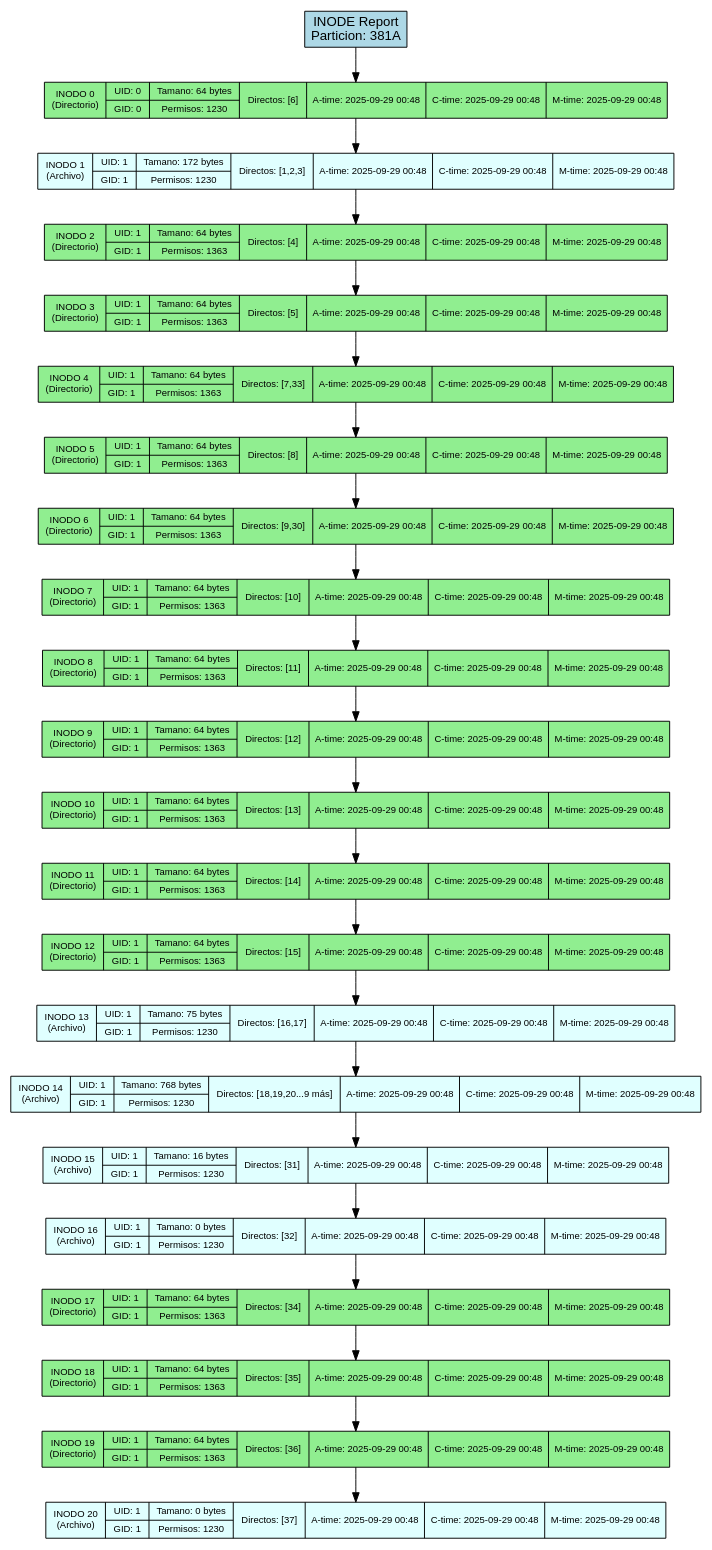
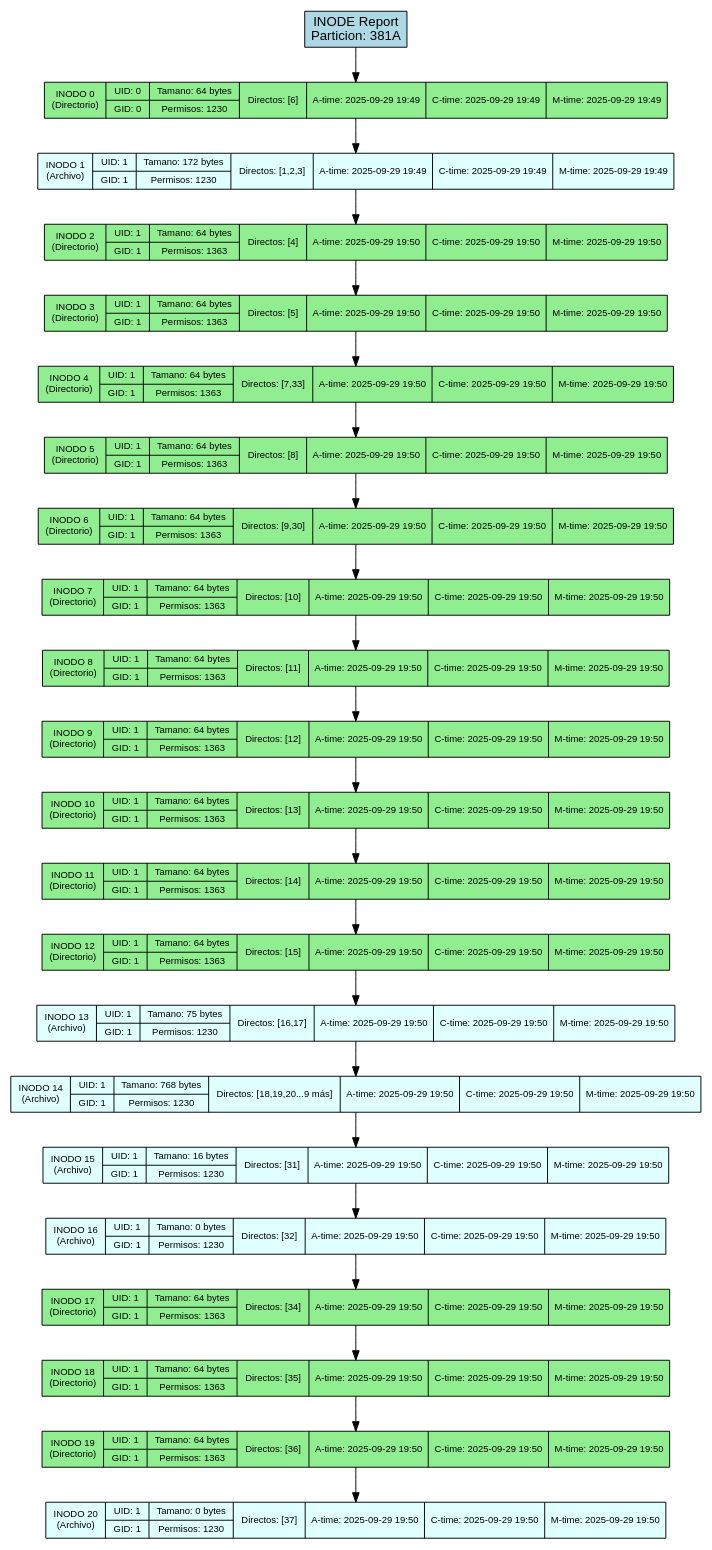
Before and after one commit to DiegVas/MIA_2S2025_P2_202300638: the diagram in backend/provider/reports/src/inode_381A.dot, drawn with Graphviz. The commit also changed 55 other files, not shown here.

```diff
--- a/backend/provider/reports/src/inode_381A.dot
+++ b/backend/provider/reports/src/inode_381A.dot
@@ -1,54 +1,54 @@
 digraph Inode_Report {
     rankdir=TB;
     node [shape=record, style=filled];
     graph [fontname="Arial", fontsize=12];
     node [fontname="Arial", fontsize=10];
     edge [fontname="Arial"];
 
     title [label="INODE Report\nParticion: 381A", fillcolor=lightblue, fontsize=14];
 
-    inode_0 [label="INODO 0\n(Directorio)|{UID: 0 | GID: 0}|{Tamano: 64 bytes | Permisos: 1230}|{Directos: [6]}|{A-time: 2025-09-29 00:48}|{C-time: 2025-09-29 00:48}|{M-time: 2025-09-29 00:48}", fillcolor=lightgreen];
-    inode_1 [label="INODO 1\n(Archivo)|{UID: 1 | GID: 1}|{Tamano: 172 bytes | Permisos: 1230}|{Directos: [1,2,3]}|{A-time: 2025-09-29 00:48}|{C-time: 2025-09-29 00:48}|{M-time: 2025-09-29 00:48}", fillcolor=lightcyan];
-    inode_2 [label="INODO 2\n(Directorio)|{UID: 1 | GID: 1}|{Tamano: 64 bytes | Permisos: 1363}|{Directos: [4]}|{A-time: 2025-09-29 00:48}|{C-time: 2025-09-29 00:48}|{M-time: 2025-09-29 00:48}", fillcolor=lightgreen];
-    inode_3 [label="INODO 3\n(Directorio)|{UID: 1 | GID: 1}|{Tamano: 64 bytes | Permisos: 1363}|{Directos: [5]}|{A-time: 2025-09-29 00:48}|{C-time: 2025-09-29 00:48}|{M-time: 2025-09-29 00:48}", fillcolor=lightgreen];
-    inode_4 [label="INODO 4\n(Directorio)|{UID: 1 | GID: 1}|{Tamano: 64 bytes | Permisos: 1363}|{Directos: [7,33]}|{A-time: 2025-09-29 00:48}|{C-time: 2025-09-29 00:48}|{M-time: 2025-09-29 00:48}", fillcolor=lightgreen];
-    inode_5 [label="INODO 5\n(Directorio)|{UID: 1 | GID: 1}|{Tamano: 64 bytes | Permisos: 1363}|{Directos: [8]}|{A-time: 2025-09-29 00:48}|{C-time: 2025-09-29 00:48}|{M-time: 2025-09-29 00:48}", fillcolor=lightgreen];
-    inode_6 [label="INODO 6\n(Directorio)|{UID: 1 | GID: 1}|{Tamano: 64 bytes | Permisos: 1363}|{Directos: [9,30]}|{A-time: 2025-09-29 00:48}|{C-time: 2025-09-29 00:48}|{M-time: 2025-09-29 00:48}", fillcolor=lightgreen];
-    inode_7 [label="INODO 7\n(Directorio)|{UID: 1 | GID: 1}|{Tamano: 64 bytes | Permisos: 1363}|{Directos: [10]}|{A-time: 2025-09-29 00:48}|{C-time: 2025-09-29 00:48}|{M-time: 2025-09-29 00:48}", fillcolor=lightgreen];
-    inode_8 [label="INODO 8\n(Directorio)|{UID: 1 | GID: 1}|{Tamano: 64 bytes | Permisos: 1363}|{Directos: [11]}|{A-time: 2025-09-29 00:48}|{C-time: 2025-09-29 00:48}|{M-time: 2025-09-29 00:48}", fillcolor=lightgreen];
-    inode_9 [label="INODO 9\n(Directorio)|{UID: 1 | GID: 1}|{Tamano: 64 bytes | Permisos: 1363}|{Directos: [12]}|{A-time: 2025-09-29 00:48}|{C-time: 2025-09-29 00:48}|{M-time: 2025-09-29 00:48}", fillcolor=lightgreen];
-    inode_10 [label="INODO 10\n(Directorio)|{UID: 1 | GID: 1}|{Tamano: 64 bytes | Permisos: 1363}|{Directos: [13]}|{A-time: 2025-09-29 00:48}|{C-time: 2025-09-29 00:48}|{M-time: 2025-09-29 00:48}", fillcolor=lightgreen];
-    inode_11 [label="INODO 11\n(Directorio)|{UID: 1 | GID: 1}|{Tamano: 64 bytes | Permisos: 1363}|{Directos: [14]}|{A-time: 2025-09-29 00:48}|{C-time: 2025-09-29 00:48}|{M-time: 2025-09-29 00:48}", fillcolor=lightgreen];
-    inode_12 [label="INODO 12\n(Directorio)|{UID: 1 | GID: 1}|{Tamano: 64 bytes | Permisos: 1363}|{Directos: [15]}|{A-time: 2025-09-29 00:48}|{C-time: 2025-09-29 00:48}|{M-time: 2025-09-29 00:48}", fillcolor=lightgreen];
-    inode_13 [label="INODO 13\n(Archivo)|{UID: 1 | GID: 1}|{Tamano: 75 bytes | Permisos: 1230}|{Directos: [16,17]}|{A-time: 2025-09-29 00:48}|{C-time: 2025-09-29 00:48}|{M-time: 2025-09-29 00:48}", fillcolor=lightcyan];
-    inode_14 [label="INODO 14\n(Archivo)|{UID: 1 | GID: 1}|{Tamano: 768 bytes | Permisos: 1230}|{Directos: [18,19,20...9 más]}|{A-time: 2025-09-29 00:48}|{C-time: 2025-09-29 00:48}|{M-time: 2025-09-29 00:48}", fillcolor=lightcyan];
-    inode_15 [label="INODO 15\n(Archivo)|{UID: 1 | GID: 1}|{Tamano: 16 bytes | Permisos: 1230}|{Directos: [31]}|{A-time: 2025-09-29 00:48}|{C-time: 2025-09-29 00:48}|{M-time: 2025-09-29 00:48}", fillcolor=lightcyan];
-    inode_16 [label="INODO 16\n(Archivo)|{UID: 1 | GID: 1}|{Tamano: 0 bytes | Permisos: 1230}|{Directos: [32]}|{A-time: 2025-09-29 00:48}|{C-time: 2025-09-29 00:48}|{M-time: 2025-09-29 00:48}", fillcolor=lightcyan];
-    inode_17 [label="INODO 17\n(Directorio)|{UID: 1 | GID: 1}|{Tamano: 64 bytes | Permisos: 1363}|{Directos: [34]}|{A-time: 2025-09-29 00:48}|{C-time: 2025-09-29 00:48}|{M-time: 2025-09-29 00:48}", fillcolor=lightgreen];
-    inode_18 [label="INODO 18\n(Directorio)|{UID: 1 | GID: 1}|{Tamano: 64 bytes | Permisos: 1363}|{Directos: [35]}|{A-time: 2025-09-29 00:48}|{C-time: 2025-09-29 00:48}|{M-time: 2025-09-29 00:48}", fillcolor=lightgreen];
-    inode_19 [label="INODO 19\n(Directorio)|{UID: 1 | GID: 1}|{Tamano: 64 bytes | Permisos: 1363}|{Directos: [36]}|{A-time: 2025-09-29 00:48}|{C-time: 2025-09-29 00:48}|{M-time: 2025-09-29 00:48}", fillcolor=lightgreen];
-    inode_20 [label="INODO 20\n(Archivo)|{UID: 1 | GID: 1}|{Tamano: 0 bytes | Permisos: 1230}|{Directos: [37]}|{A-time: 2025-09-29 00:48}|{C-time: 2025-09-29 00:48}|{M-time: 2025-09-29 00:48}", fillcolor=lightcyan];
+    inode_0 [label="INODO 0\n(Directorio)|{UID: 0 | GID: 0}|{Tamano: 64 bytes | Permisos: 1230}|{Directos: [6]}|{A-time: 2025-09-29 19:49}|{C-time: 2025-09-29 19:49}|{M-time: 2025-09-29 19:49}", fillcolor=lightgreen];
+    inode_1 [label="INODO 1\n(Archivo)|{UID: 1 | GID: 1}|{Tamano: 172 bytes | Permisos: 1230}|{Directos: [1,2,3]}|{A-time: 2025-09-29 19:49}|{C-time: 2025-09-29 19:49}|{M-time: 2025-09-29 19:49}", fillcolor=lightcyan];
+    inode_2 [label="INODO 2\n(Directorio)|{UID: 1 | GID: 1}|{Tamano: 64 bytes | Permisos: 1363}|{Directos: [4]}|{A-time: 2025-09-29 19:50}|{C-time: 2025-09-29 19:50}|{M-time: 2025-09-29 19:50}", fillcolor=lightgreen];
+    inode_3 [label="INODO 3\n(Directorio)|{UID: 1 | GID: 1}|{Tamano: 64 bytes | Permisos: 1363}|{Directos: [5]}|{A-time: 2025-09-29 19:50}|{C-time: 2025-09-29 19:50}|{M-time: 2025-09-29 19:50}", fillcolor=lightgreen];
+    inode_4 [label="INODO 4\n(Directorio)|{UID: 1 | GID: 1}|{Tamano: 64 bytes | Permisos: 1363}|{Directos: [7,33]}|{A-time: 2025-09-29 19:50}|{C-time: 2025-09-29 19:50}|{M-time: 2025-09-29 19:50}", fillcolor=lightgreen];
+    inode_5 [label="INODO 5\n(Directorio)|{UID: 1 | GID: 1}|{Tamano: 64 bytes | Permisos: 1363}|{Directos: [8]}|{A-time: 2025-09-29 19:50}|{C-time: 2025-09-29 19:50}|{M-time: 2025-09-29 19:50}", fillcolor=lightgreen];
+    inode_6 [label="INODO 6\n(Directorio)|{UID: 1 | GID: 1}|{Tamano: 64 bytes | Permisos: 1363}|{Directos: [9,30]}|{A-time: 2025-09-29 19:50}|{C-time: 2025-09-29 19:50}|{M-time: 2025-09-29 19:50}", fillcolor=lightgreen];
+    inode_7 [label="INODO 7\n(Directorio)|{UID: 1 | GID: 1}|{Tamano: 64 bytes | Permisos: 1363}|{Directos: [10]}|{A-time: 2025-09-29 19:50}|{C-time: 2025-09-29 19:50}|{M-time: 2025-09-29 19:50}", fillcolor=lightgreen];
+    inode_8 [label="INODO 8\n(Directorio)|{UID: 1 | GID: 1}|{Tamano: 64 bytes | Permisos: 1363}|{Directos: [11]}|{A-time: 2025-09-29 19:50}|{C-time: 2025-09-29 19:50}|{M-time: 2025-09-29 19:50}", fillcolor=lightgreen];
+    inode_9 [label="INODO 9\n(Directorio)|{UID: 1 | GID: 1}|{Tamano: 64 bytes | Permisos: 1363}|{Directos: [12]}|{A-time: 2025-09-29 19:50}|{C-time: 2025-09-29 19:50}|{M-time: 2025-09-29 19:50}", fillcolor=lightgreen];
+    inode_10 [label="INODO 10\n(Directorio)|{UID: 1 | GID: 1}|{Tamano: 64 bytes | Permisos: 1363}|{Directos: [13]}|{A-time: 2025-09-29 19:50}|{C-time: 2025-09-29 19:50}|{M-time: 2025-09-29 19:50}", fillcolor=lightgreen];
+    inode_11 [label="INODO 11\n(Directorio)|{UID: 1 | GID: 1}|{Tamano: 64 bytes | Permisos: 1363}|{Directos: [14]}|{A-time: 2025-09-29 19:50}|{C-time: 2025-09-29 19:50}|{M-time: 2025-09-29 19:50}", fillcolor=lightgreen];
+    inode_12 [label="INODO 12\n(Directorio)|{UID: 1 | GID: 1}|{Tamano: 64 bytes | Permisos: 1363}|{Directos: [15]}|{A-time: 2025-09-29 19:50}|{C-time: 2025-09-29 19:50}|{M-time: 2025-09-29 19:50}", fillcolor=lightgreen];
+    inode_13 [label="INODO 13\n(Archivo)|{UID: 1 | GID: 1}|{Tamano: 75 bytes | Permisos: 1230}|{Directos: [16,17]}|{A-time: 2025-09-29 19:50}|{C-time: 2025-09-29 19:50}|{M-time: 2025-09-29 19:50}", fillcolor=lightcyan];
+    inode_14 [label="INODO 14\n(Archivo)|{UID: 1 | GID: 1}|{Tamano: 768 bytes | Permisos: 1230}|{Directos: [18,19,20...9 más]}|{A-time: 2025-09-29 19:50}|{C-time: 2025-09-29 19:50}|{M-time: 2025-09-29 19:50}", fillcolor=lightcyan];
+    inode_15 [label="INODO 15\n(Archivo)|{UID: 1 | GID: 1}|{Tamano: 16 bytes | Permisos: 1230}|{Directos: [31]}|{A-time: 2025-09-29 19:50}|{C-time: 2025-09-29 19:50}|{M-time: 2025-09-29 19:50}", fillcolor=lightcyan];
+    inode_16 [label="INODO 16\n(Archivo)|{UID: 1 | GID: 1}|{Tamano: 0 bytes | Permisos: 1230}|{Directos: [32]}|{A-time: 2025-09-29 19:50}|{C-time: 2025-09-29 19:50}|{M-time: 2025-09-29 19:50}", fillcolor=lightcyan];
+    inode_17 [label="INODO 17\n(Directorio)|{UID: 1 | GID: 1}|{Tamano: 64 bytes | Permisos: 1363}|{Directos: [34]}|{A-time: 2025-09-29 19:50}|{C-time: 2025-09-29 19:50}|{M-time: 2025-09-29 19:50}", fillcolor=lightgreen];
+    inode_18 [label="INODO 18\n(Directorio)|{UID: 1 | GID: 1}|{Tamano: 64 bytes | Permisos: 1363}|{Directos: [35]}|{A-time: 2025-09-29 19:50}|{C-time: 2025-09-29 19:50}|{M-time: 2025-09-29 19:50}", fillcolor=lightgreen];
+    inode_19 [label="INODO 19\n(Directorio)|{UID: 1 | GID: 1}|{Tamano: 64 bytes | Permisos: 1363}|{Directos: [36]}|{A-time: 2025-09-29 19:50}|{C-time: 2025-09-29 19:50}|{M-time: 2025-09-29 19:50}", fillcolor=lightgreen];
+    inode_20 [label="INODO 20\n(Archivo)|{UID: 1 | GID: 1}|{Tamano: 0 bytes | Permisos: 1230}|{Directos: [37]}|{A-time: 2025-09-29 19:50}|{C-time: 2025-09-29 19:50}|{M-time: 2025-09-29 19:50}", fillcolor=lightcyan];
 
     // Conexiones de la lista enlazada
     title -> inode_0;
     inode_0 -> inode_1;
     inode_1 -> inode_2;
     inode_2 -> inode_3;
     inode_3 -> inode_4;
     inode_4 -> inode_5;
     inode_5 -> inode_6;
     inode_6 -> inode_7;
     inode_7 -> inode_8;
     inode_8 -> inode_9;
     inode_9 -> inode_10;
     inode_10 -> inode_11;
     inode_11 -> inode_12;
     inode_12 -> inode_13;
     inode_13 -> inode_14;
     inode_14 -> inode_15;
     inode_15 -> inode_16;
     inode_16 -> inode_17;
     inode_17 -> inode_18;
     inode_18 -> inode_19;
     inode_19 -> inode_20;
 }
```
